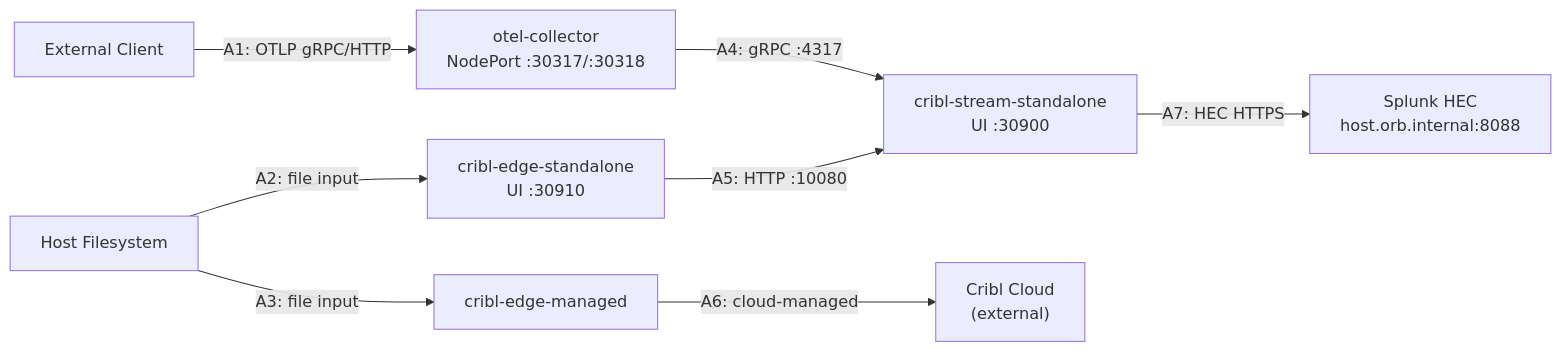
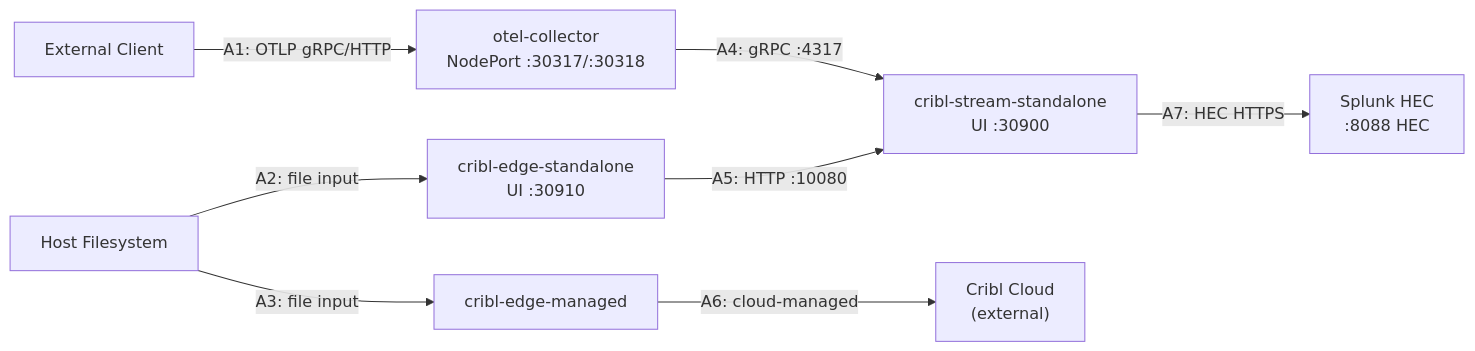
The diagram in docs/ARCHITECTURE.md (JacobPEvans/kubernetes-monitoring), drawn with Mermaid before and after one commit. The commit also changed other lines of this file and 3 other files, not shown here.

First line of the commit message:
fix: use direct IP for Splunk HEC, add granular forwarding tests (#23)

````diff
--- a/docs/ARCHITECTURE.md
+++ b/docs/ARCHITECTURE.md
@@ -5,19 +5,19 @@
 ```mermaid
 flowchart LR
     Client[External Client]
     HostFS[Host Filesystem]
     OtelCollector["otel-collector\nNodePort :30317/:30318"]
     EdgeStandalone["cribl-edge-standalone\nUI :30910"]
     EdgeManaged[cribl-edge-managed]
     StreamStandalone["cribl-stream-standalone\nUI :30900"]
-    SplunkHEC["Splunk HEC\nhost.orb.internal:8088"]
+    SplunkHEC["Splunk HEC\n:8088 HEC"]
     CriblCloud["Cribl Cloud\n(external)"]
 
     Client -->|"A1: OTLP gRPC/HTTP"| OtelCollector
     HostFS -->|"A2: file input"| EdgeStandalone
     HostFS -->|"A3: file input"| EdgeManaged
     OtelCollector -->|"A4: gRPC :4317"| StreamStandalone
     EdgeStandalone -->|"A5: HTTP :10080"| StreamStandalone
     EdgeManaged -->|"A6: cloud-managed"| CriblCloud
     StreamStandalone -->|"A7: HEC HTTPS"| SplunkHEC
 ```
````
